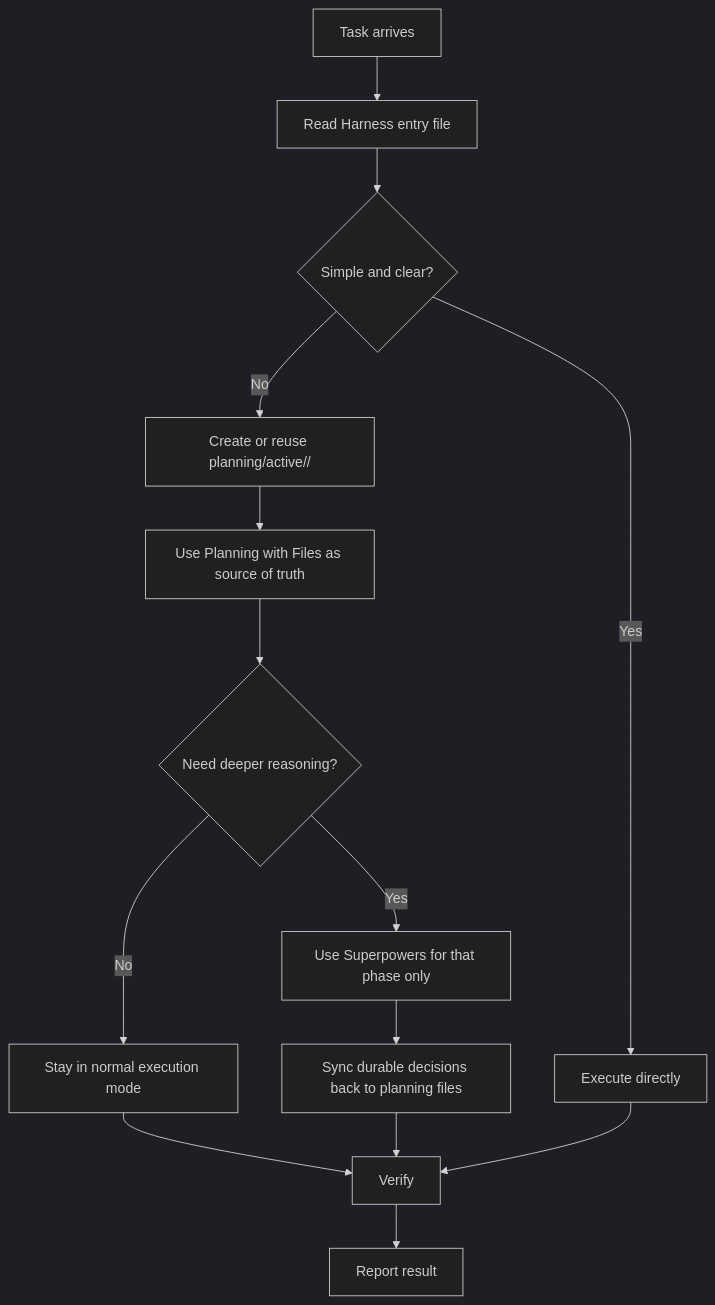
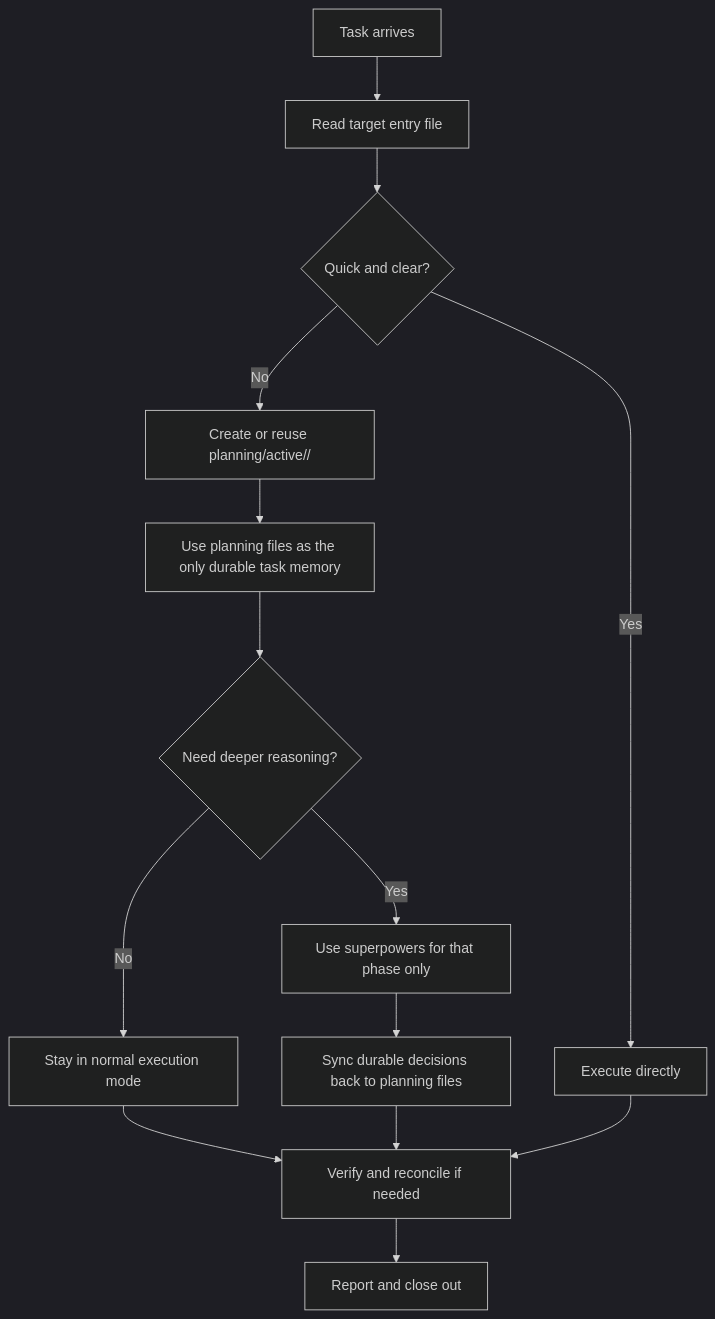
One commit to ilderaj/superpowering-with-files changed the diagram in README.md. Above: the diagram before and after it, drawn with Mermaid (dark theme). The commit also changed other lines of this file and 14 other files, not shown here.

````diff
--- a/README.md
+++ b/README.md
@@ -14,16 +16,16 @@
 ```mermaid
 flowchart TD
-	A["Task arrives"] --> B["Read Harness entry file"]
-	B --> C{"Simple and clear?"}
-	C -- "Yes" --> D["Execute directly"]
-	C -- "No" --> E["Create or reuse planning/active/<task-id>/"]
-	E --> F["Use Planning with Files as source of truth"]
-	F --> G{"Need deeper reasoning?"}
-	G -- "Yes" --> H["Use Superpowers for that phase only"]
-	G -- "No" --> I["Stay in normal execution mode"]
-	H --> J["Sync durable decisions back to planning files"]
-	I --> K["Verify"]
-	J --> K
-	D --> K
-	K --> L["Report result"]
+    A["Task arrives"] --> B["Read target entry file"]
+    B --> C{"Quick and clear?"}
+    C -- "Yes" --> D["Execute directly"]
+    C -- "No" --> E["Create or reuse planning/active/<task-id>/"]
+    E --> F["Use planning files as the only durable task memory"]
+    F --> G{"Need deeper reasoning?"}
+    G -- "Yes" --> H["Use superpowers for that phase only"]
+    G -- "No" --> I["Stay in normal execution mode"]
+    H --> J["Sync durable decisions back to planning files"]
+    I --> K["Verify and reconcile if needed"]
+    J --> K
+    D --> K
+    K --> L["Report and close out"]
 ```
````
